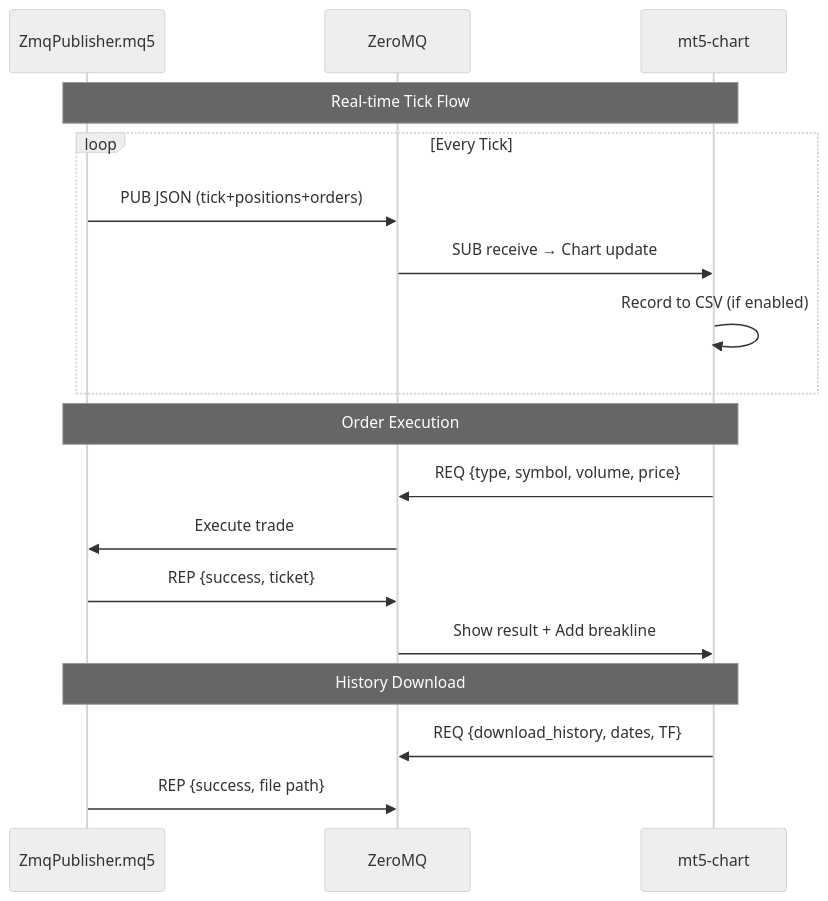
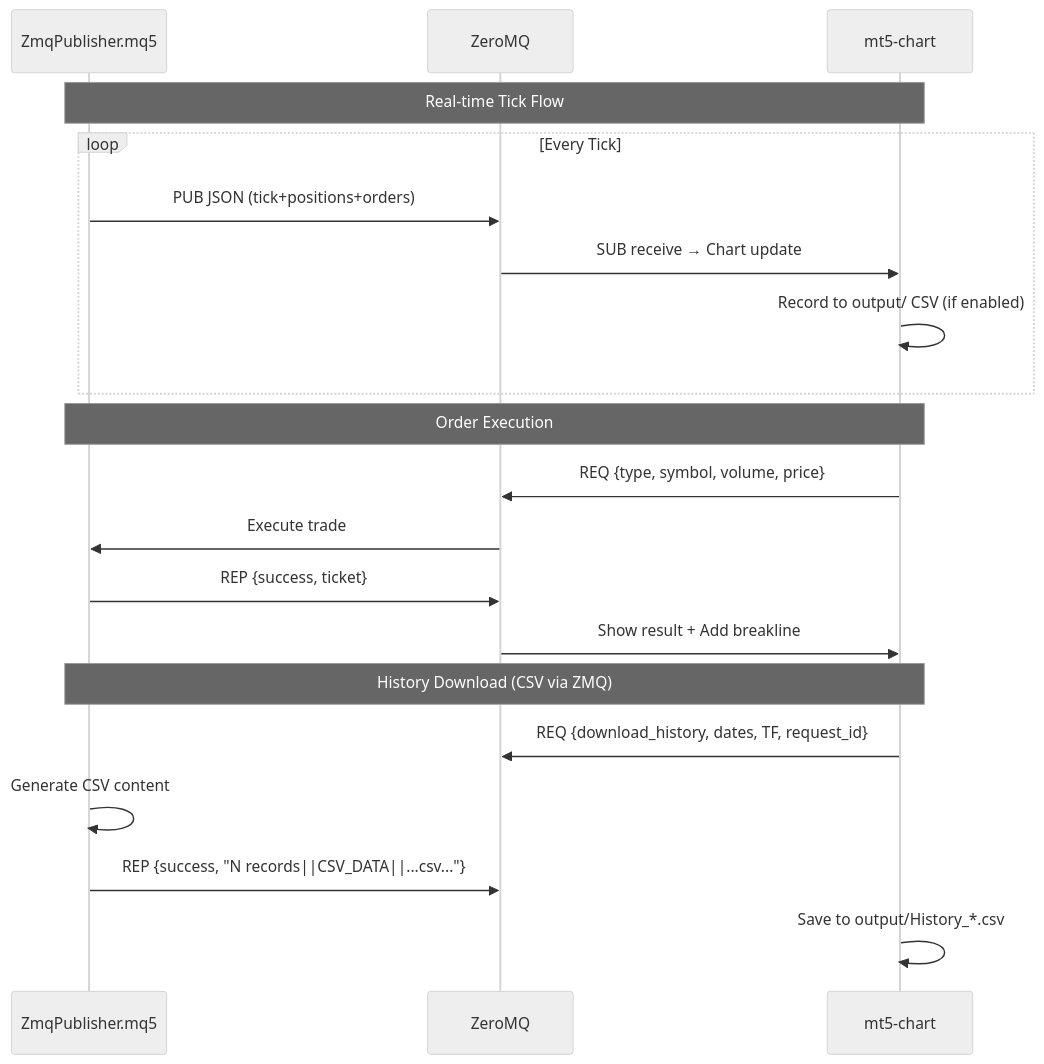
The second of 3 diagrams in trading-architecture-v5.md (algorembrant/SUM3API), drawn with Mermaid (neutral theme) before and after one commit. The commit also changed other lines of this file and 2 other files, not shown here.

Commit message:
feat: debugging the historical csv mechanics

````diff
--- a/trading-architecture-v5.md
+++ b/trading-architecture-v5.md
@@ -30,23 +30,25 @@
 ```mermaid
 sequenceDiagram
     participant EA as ZmqPublisher.mq5
     participant ZMQ as ZeroMQ
     participant App as mt5-chart
 
     Note over EA,App: Real-time Tick Flow
     loop Every Tick
         EA->>ZMQ: PUB JSON (tick+positions+orders)
         ZMQ->>App: SUB receive → Chart update
-        App->>App: Record to CSV (if enabled)
+        App->>App: Record to output/ CSV (if enabled)
     end
 
     Note over EA,App: Order Execution
     App->>ZMQ: REQ {type, symbol, volume, price}
     ZMQ->>EA: Execute trade
     EA->>ZMQ: REP {success, ticket}
     ZMQ->>App: Show result + Add breakline
 
-    Note over EA,App: History Download
-    App->>ZMQ: REQ {download_history, dates, TF}
-    EA->>ZMQ: REP {success, file path}
+    Note over EA,App: History Download (CSV via ZMQ)
+    App->>ZMQ: REQ {download_history, dates, TF, request_id}
+    EA->>EA: Generate CSV content
+    EA->>ZMQ: REP {success, "N records||CSV_DATA||...csv..."}
+    App->>App: Save to output/History_*.csv
 ```
````
